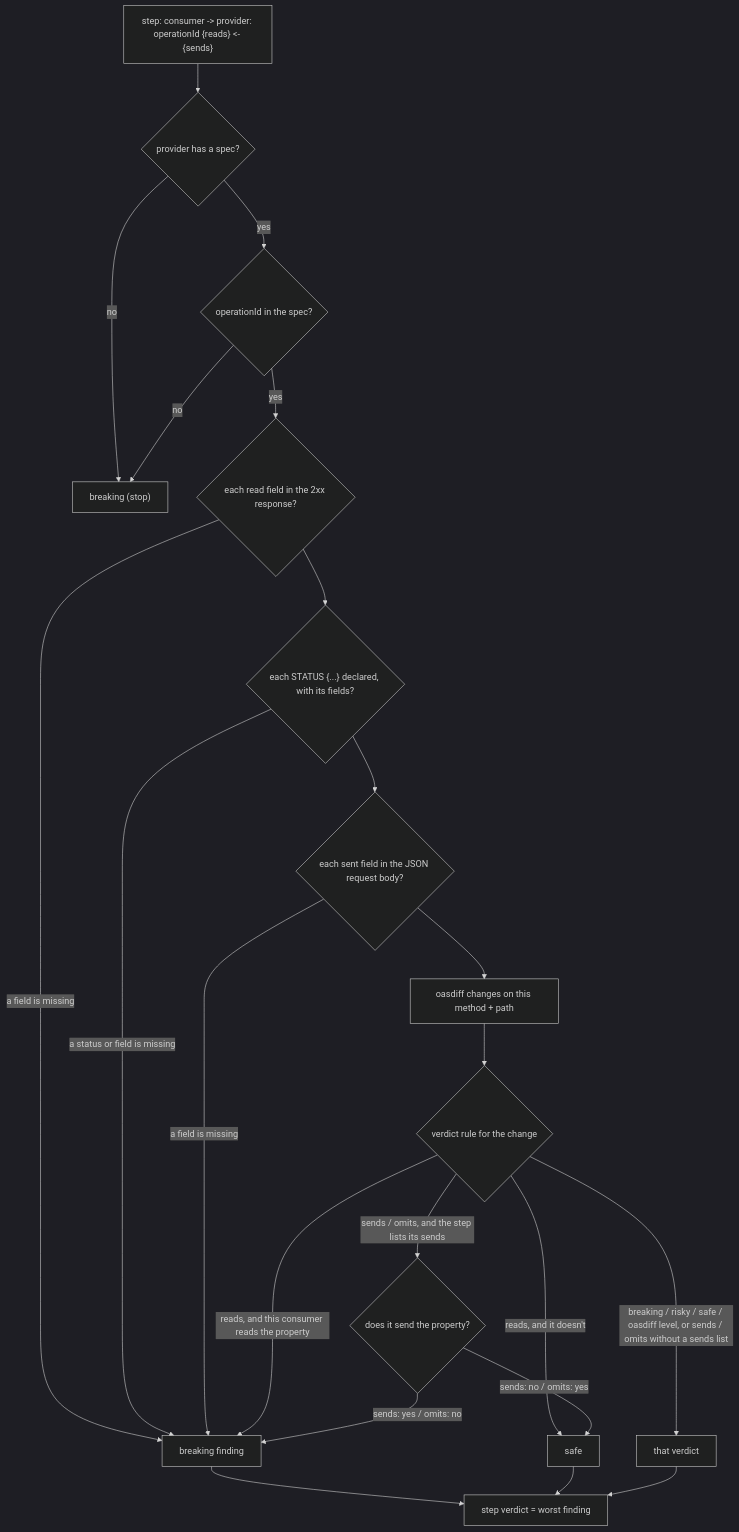
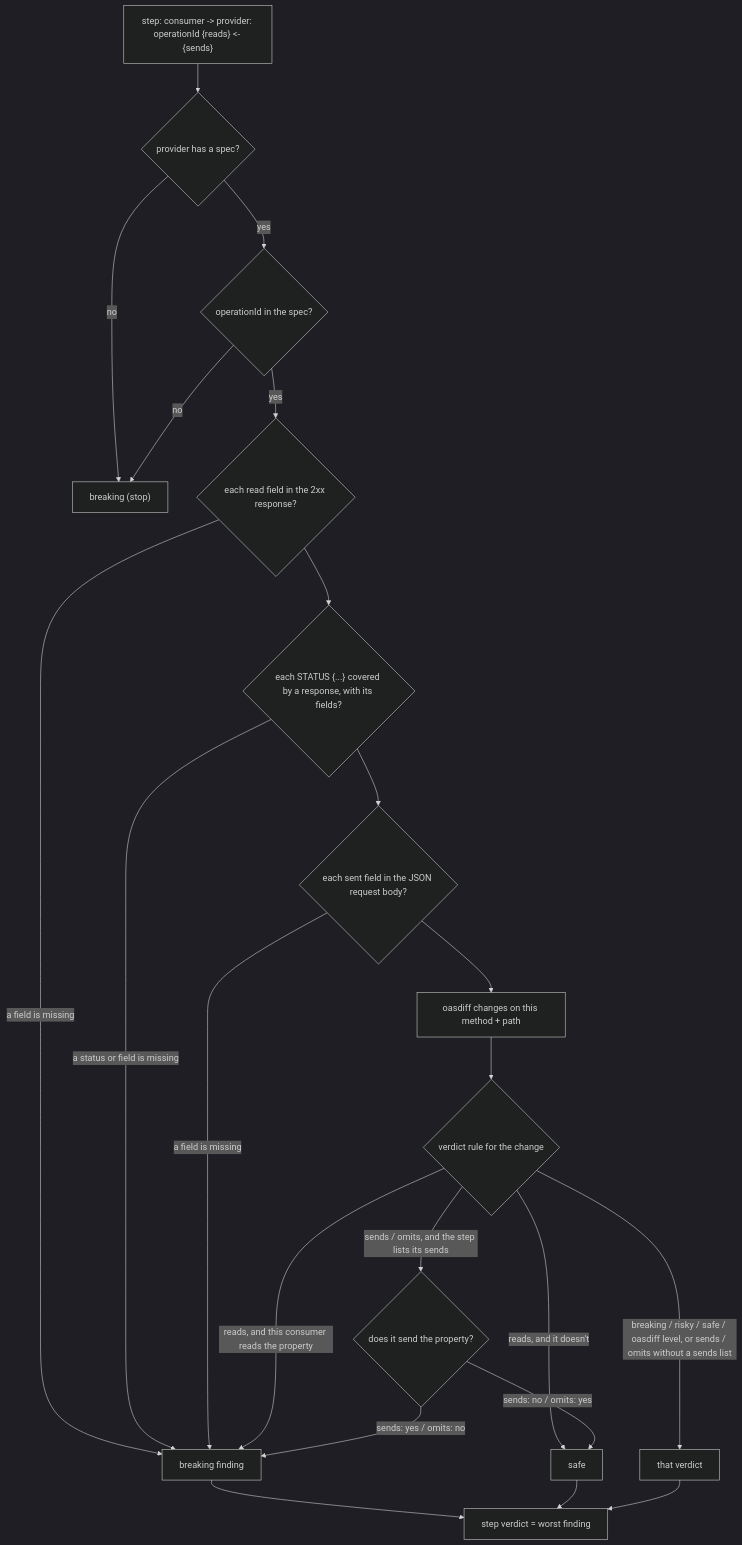
Before and after one commit to escherize/selvage: the diagram in README.md, drawn with Mermaid (dark theme). The commit also changed other lines of this file and 4 other files, not shown here.

````diff
--- a/README.md
+++ b/README.md
@@ -39,24 +39,24 @@
 ```mermaid
 flowchart TD
   S["step: consumer -> provider: operationId {reads} <- {sends}"] --> A{"provider has a spec?"}
   A -- no --> X["breaking (stop)"]
   A -- yes --> O{"operationId in the spec?"}
   O -- no --> X
   O -- yes --> F{"each read field in the 2xx response?"}
   F -- "a field is missing" --> B["breaking finding"]
-  F --> E{"each STATUS {...} declared, with its fields?"}
+  F --> E{"each STATUS {...} covered by a response, with its fields?"}
   E -- "a status or field is missing" --> B
   E --> Q{"each sent field in the JSON request body?"}
   Q -- "a field is missing" --> B
   Q --> C["oasdiff changes on this method + path"]
   C --> R{"verdict rule for the change"}
   R -- "reads, and this consumer reads the property" --> B
   R -- "reads, and it doesn't" --> OK["safe"]
   R -- "sends / omits, and the step lists its sends" --> SO{"does it send the property?"}
   SO -- "sends: yes / omits: no" --> B
   SO -- "sends: no / omits: yes" --> OK
   R -- "breaking / risky / safe / oasdiff level, or sends / omits without a sends list" --> V["that verdict"]
   B --> W["step verdict = worst finding"]
   OK --> W
   V --> W
 ```
````
